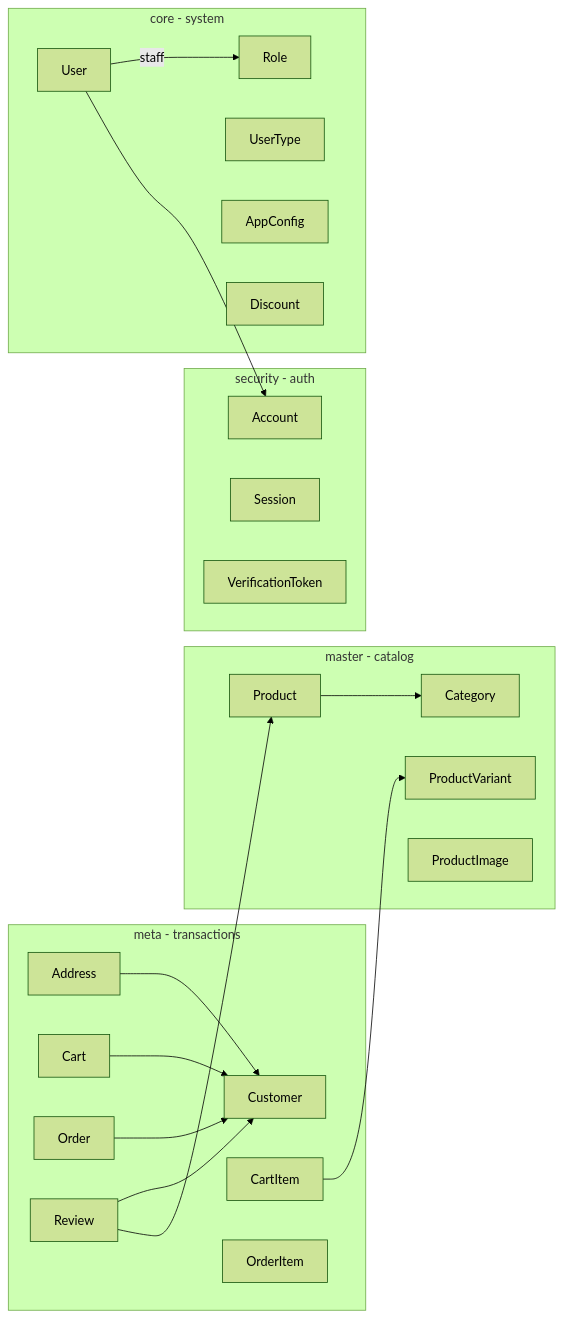
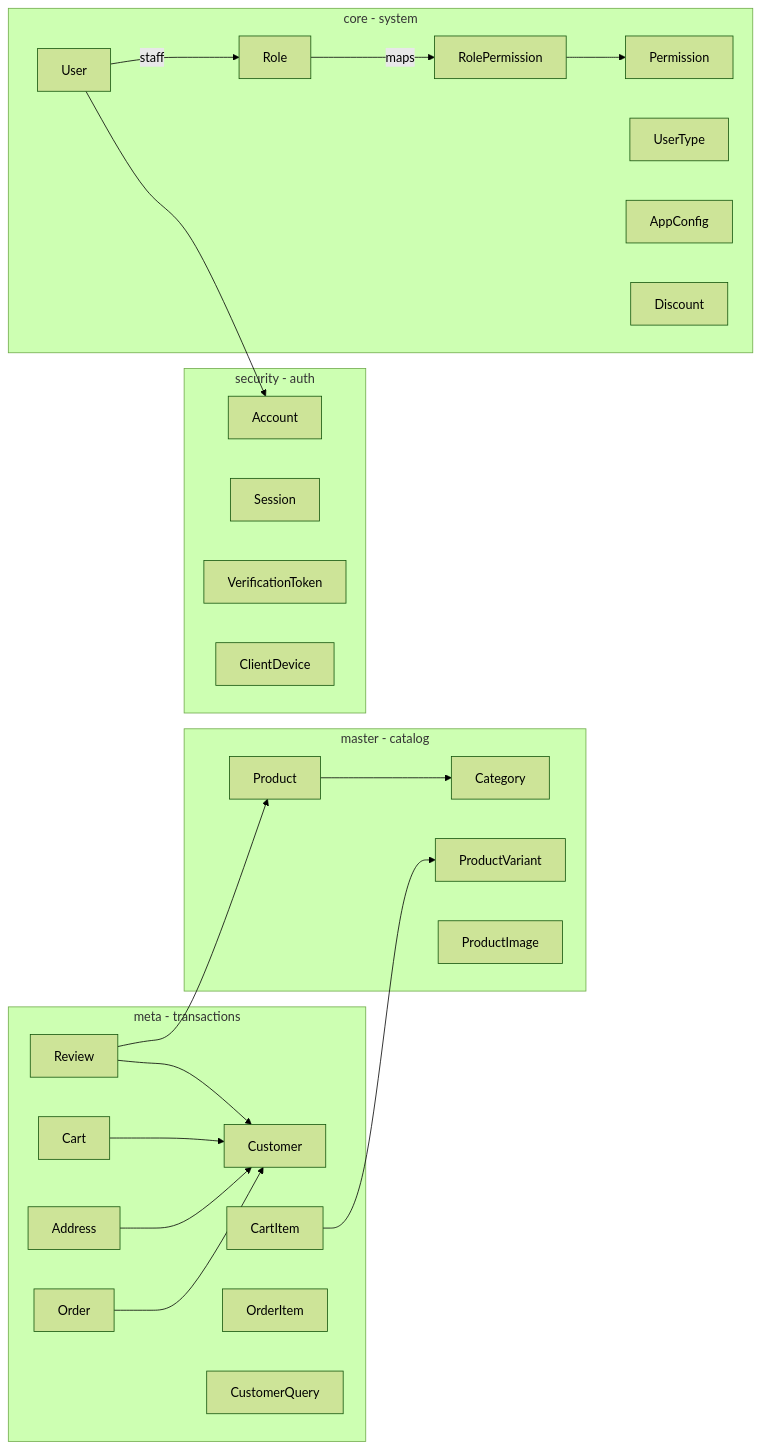
Before and after one commit to karanbojappa7/rush-culture: the diagram in docs/admin_auth_schema_cms.md, drawn with Mermaid (forest theme). The commit also changed other lines of this file and 197 other files, not shown here.

````diff
--- a/docs/admin_auth_schema_cms.md
+++ b/docs/admin_auth_schema_cms.md
@@ -5,39 +5,45 @@
 ```mermaid
 flowchart LR
   subgraph masterSchema [master - catalog]
     Category
     Product
     ProductVariant
     ProductImage
   end
   subgraph coreSchema [core - system]
     Role
+    Permission
+    RolePermission
     UserType
     User
     AppConfig
     Discount
   end
   subgraph securitySchema [security - auth]
     Account
     Session
     VerificationToken
+    ClientDevice
   end
   subgraph metaSchema [meta - transactions]
     Customer
     Address
     Cart
     CartItem
     Order
     OrderItem
     Review
+    CustomerQuery
   end
   User -->|staff| Role
+  Role -->|maps| RolePermission
+  RolePermission --> Permission
   User --> Account
   Product --> Category
   Order --> Customer
   Address --> Customer
   Cart --> Customer
   Review --> Customer
   CartItem --> ProductVariant
   Review --> Product
 ```
````
